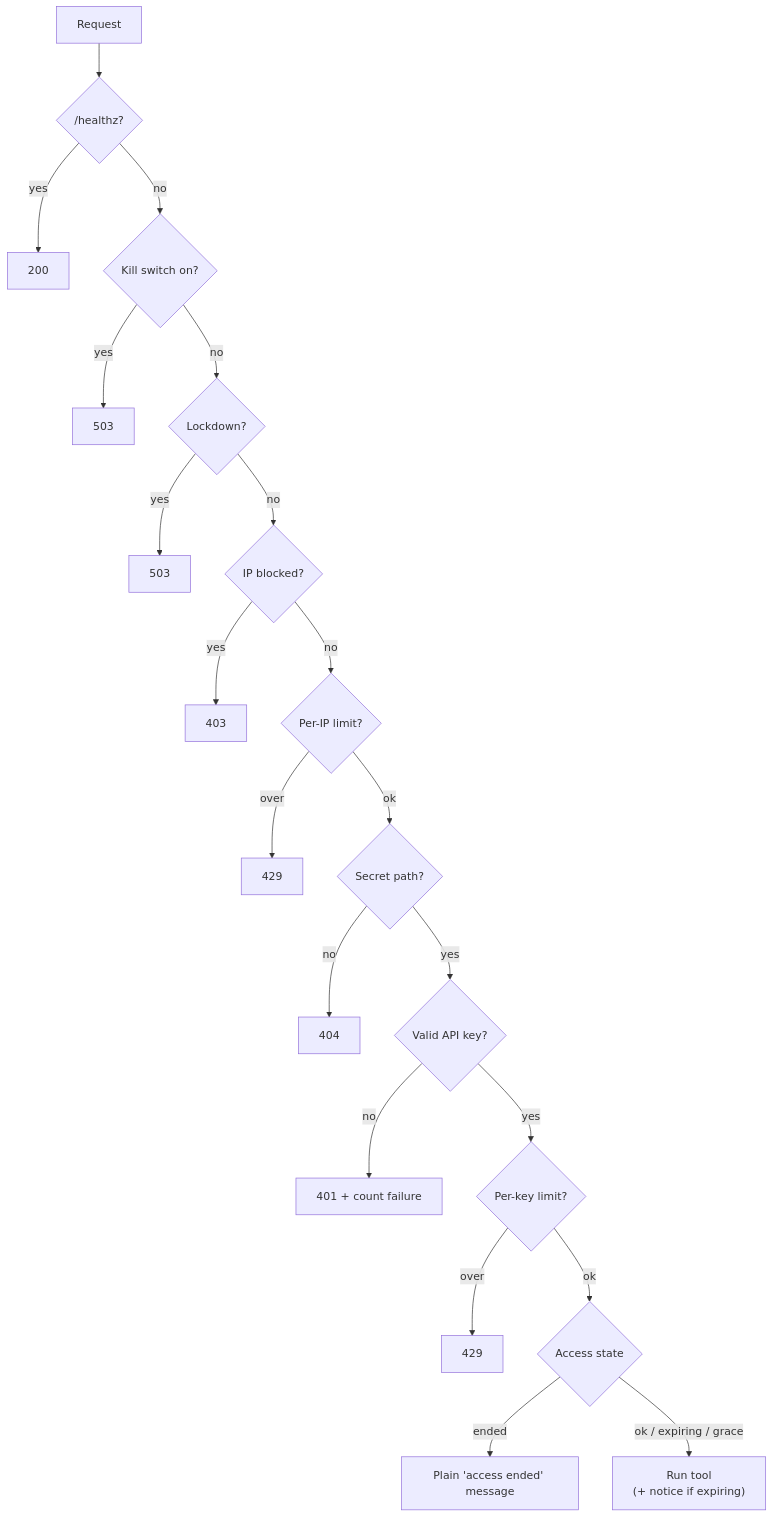
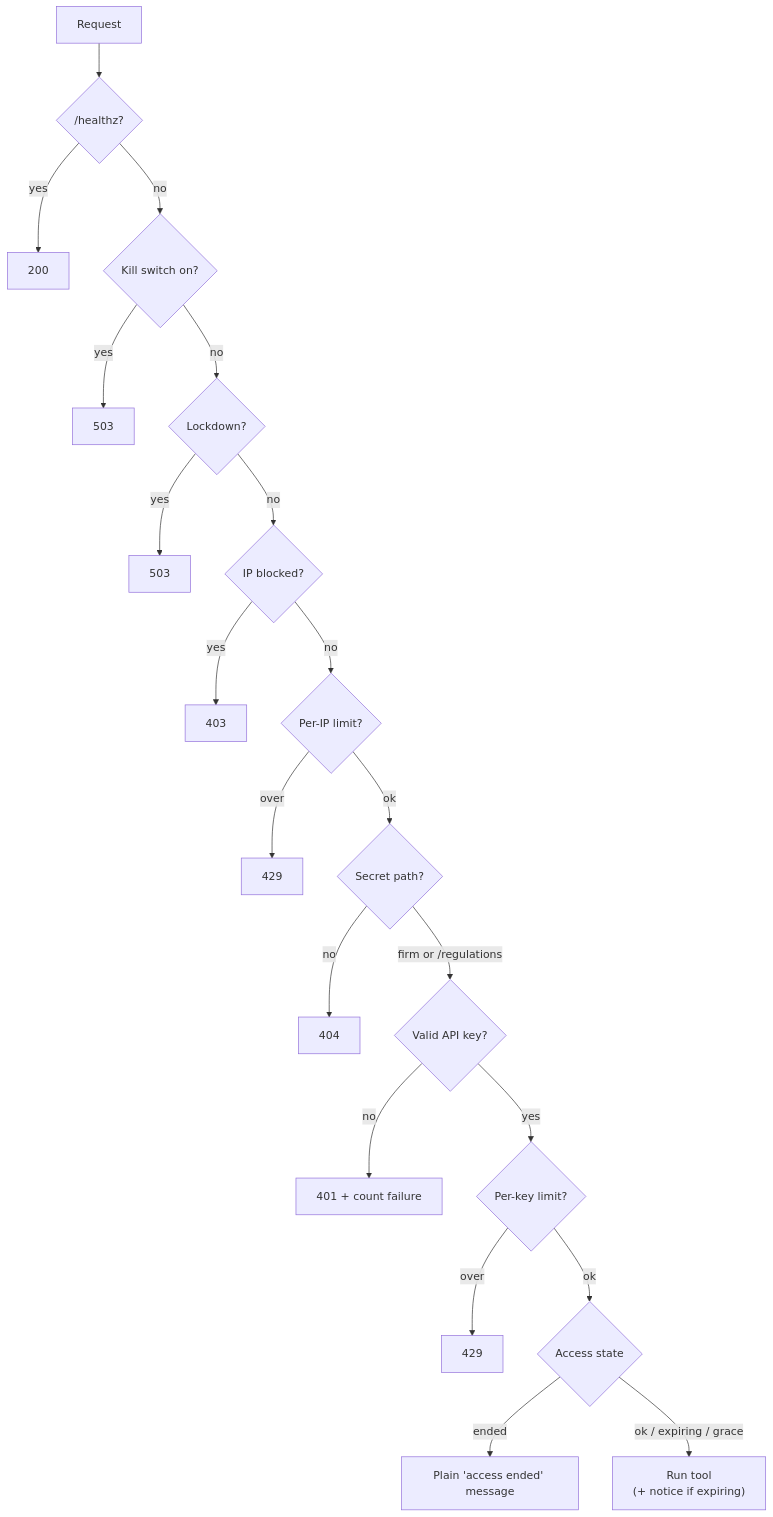
Before and after one commit to florinmarcus/builders_lab: the second of 5 diagrams in architecture/design/server.md, drawn with Mermaid. The commit also changed other lines of this file and 21 other files, not shown here.

First line of the commit message:
Two MCP servers: firm data and regulations (ADR 0015)

````diff
--- a/architecture/design/server.md
+++ b/architecture/design/server.md
@@ -38,14 +38,14 @@
 ```mermaid
 flowchart TB
     req["Request"] --> h{"/healthz?"} -->|yes| ok200["200"]
     h -->|no| k{"Kill switch on?"} -->|yes| r503a["503"]
     k -->|no| l{"Lockdown?"} -->|yes| r503b["503"]
     l -->|no| b{"IP blocked?"} -->|yes| r403["403"]
     b -->|no| ri{"Per-IP limit?"} -->|over| r429a["429"]
     ri -->|ok| p{"Secret path?"} -->|no| r404["404"]
-    p -->|yes| key{"Valid API key?"} -->|no| r401["401 + count failure"]
+    p -->|"firm or /regulations"| key{"Valid API key?"} -->|no| r401["401 + count failure"]
     key -->|yes| rk{"Per-key limit?"} -->|over| r429b["429"]
     rk -->|ok| a{"Access state"}
     a -->|ended| msg["Plain 'access ended' message"]
     a -->|ok / expiring / grace| tool["Run tool<br/>(+ notice if expiring)"]
 ```
````
